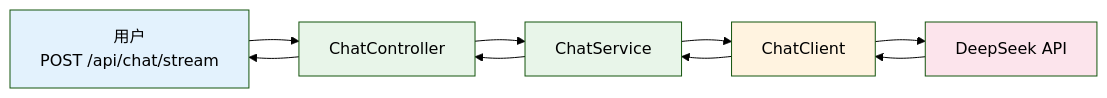
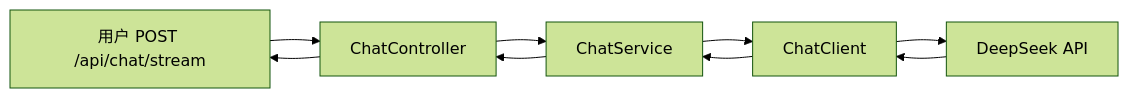
One commit to UranusGit/java-agent-learn changed the diagram in docs/项目/00-智能客服系统/01-最小Demo搭建.md. Above: the diagram before and after it, drawn with Mermaid (forest theme). The commit also changed other lines of this file and 206 other files, not shown here.

````diff
--- a/docs/项目/00-智能客服系统/01-最小Demo搭建.md
+++ b/docs/项目/00-智能客服系统/01-最小Demo搭建.md
@@ -17,17 +14,11 @@
 ```mermaid
-graph LR
-    U["用户<br/>POST /api/chat/stream"] --> C["ChatController"]
+flowchart LR
+    U["用户 POST /api/chat/stream"] --> C["ChatController"]
     C --> S["ChatService"]
     S --> CC["ChatClient"]
     CC --> DS["DeepSeek API"]
     DS --> CC
     CC --> S
     S --> C
     C --> U
-
-    style U fill:#e3f2fd
-    style C fill:#e8f5e9
-    style S fill:#e8f5e9
-    style CC fill:#fff3e0
-    style DS fill:#fce4ec
 ```
````
